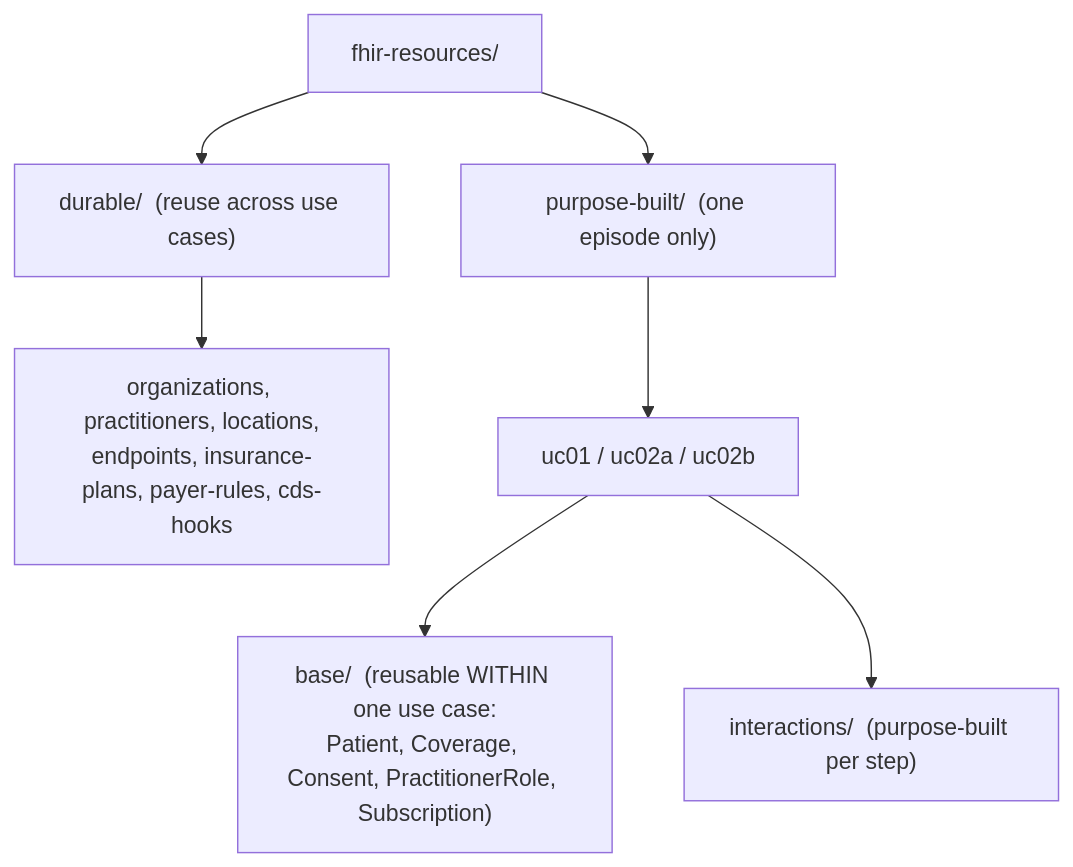
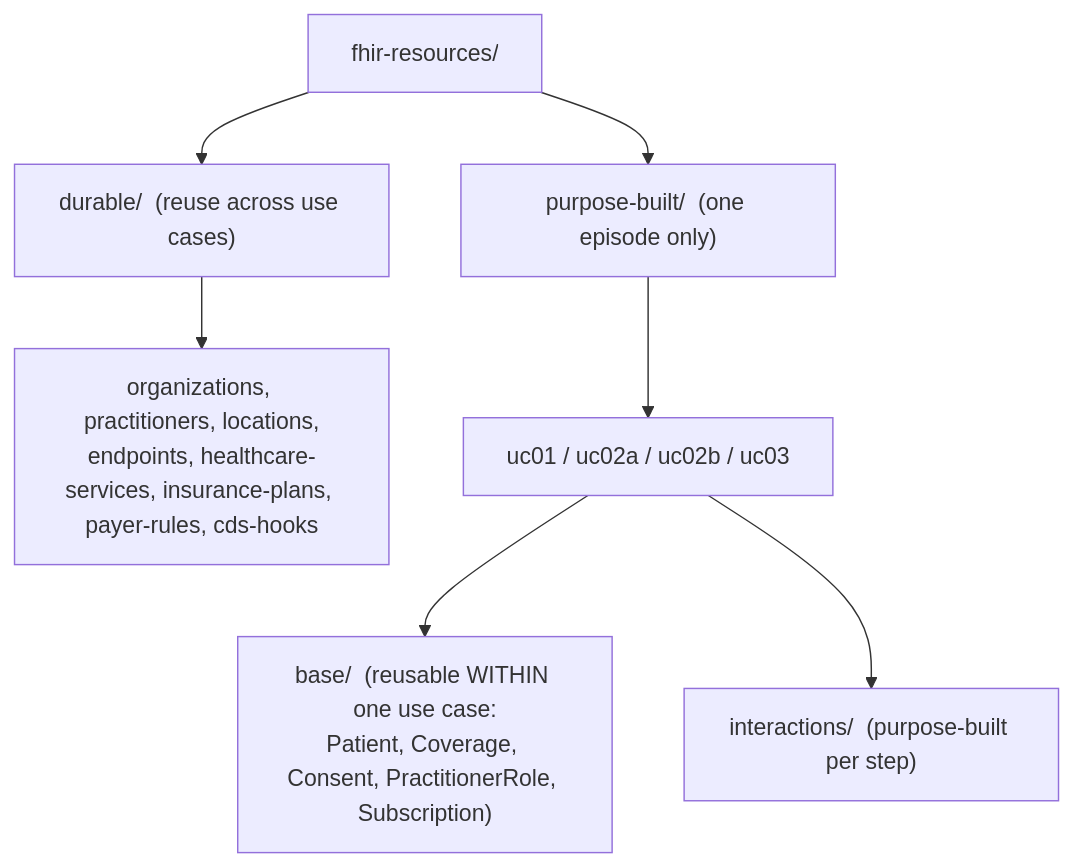
Before and after one commit to lp-digitalhealth/ohia-test-data: the diagram in 2026-CMS-Connectathon/fhir-resources/README.md, drawn with Mermaid. The commit also changed other lines of this file and 103 other files, not shown here.

````diff
--- a/2026-CMS-Connectathon/fhir-resources/README.md
+++ b/2026-CMS-Connectathon/fhir-resources/README.md
@@ -10,9 +10,9 @@
 ```mermaid
 graph TD
   root["fhir-resources/"] --> dur["durable/  (reuse across use cases)"]
   root --> pb["purpose-built/  (one episode only)"]
-  dur --> reg["organizations, practitioners, locations,<br/>endpoints, insurance-plans, payer-rules, cds-hooks"]
-  pb --> uc["uc01 / uc02a / uc02b"]
+  dur --> reg["organizations, practitioners, locations,<br/>endpoints, healthcare-services, insurance-plans, payer-rules, cds-hooks"]
+  pb --> uc["uc01 / uc02a / uc02b / uc03"]
   uc --> base["base/  (reusable WITHIN one use case:<br/>Patient, Coverage, Consent, PractitionerRole, Subscription)"]
   uc --> ix["interactions/  (purpose-built per step)"]
 ```
````
